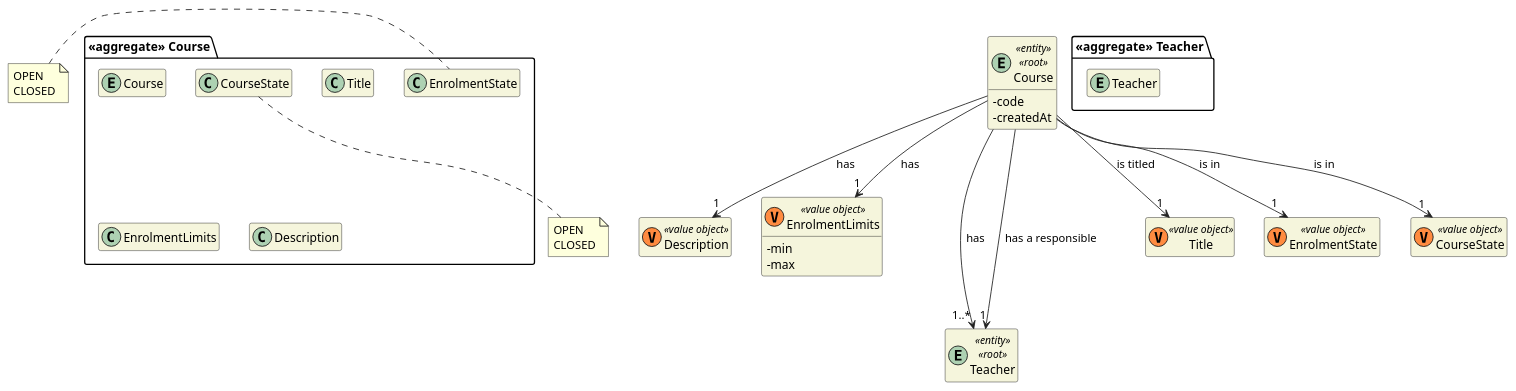
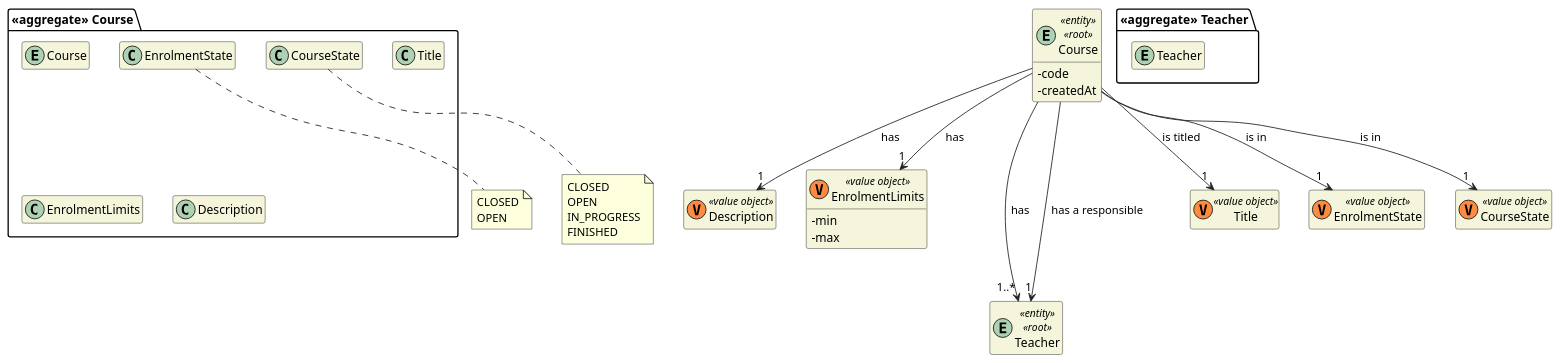
The diagram in docs/sprint-b/us10-1004/US1004_DM.puml (miseEnPlace-dev/lapr4), drawn with PlantUML before and after one commit. The commit also changed 10 other files, not shown here.

Commit message:
docs: added enrolment state to diagrams (#16)

```diff
--- a/docs/sprint-b/us10-1004/US1004_DM.puml
+++ b/docs/sprint-b/us10-1004/US1004_DM.puml
@@ -1,55 +1,55 @@
 @startuml US1004_DM
 'https://plantuml.com/class-diagram
 
 skinparam classAttributeIconSize 0
 hide empty attributes
 hide empty methods
 skinparam classBackgroundColor beige
 skinparam ArrowColor #222222
 
 package "<<aggregate>> Course" {
   entity Course
 
   class Title
   class EnrolmentState
   class CourseState
 
   class EnrolmentLimits
   class Description
 }
 
 class Description <<(V,#FF8B40) value object>> {}
 class EnrolmentLimits <<(V,#FF8B40) value object>> {
   - min
   - max
 }
 
 entity Course <<entity>> <<root>> {
   - code
   - createdAt
 }
 
 package "<<aggregate>> Teacher" {
   entity Teacher
 }
 
 entity Teacher <<entity>> <<root>> {
 }
 
 
-note left of EnrolmentState : OPEN\nCLOSED
-note bottom of CourseState : OPEN\nCLOSED
+note bottom of CourseState : CLOSED\nOPEN\nIN_PROGRESS\nFINISHED
+note bottom of EnrolmentState : CLOSED\nOPEN
 
 class Title <<(V,#FF8B40) value object>> {}
 class EnrolmentState <<(V,#FF8B40) value object>> {}
 class CourseState <<(V,#FF8B40) value object>> {}
 
 Course --> "1" Title : is titled
 Course --> "1" EnrolmentState : is in
 Course ---> "1..*" Teacher : has
 Course --> "1" Teacher : has a responsible
 Course --> "1" CourseState : is in
 Course --> "1" Description : has
 Course --> "1" EnrolmentLimits : has
 
 @enduml
```
